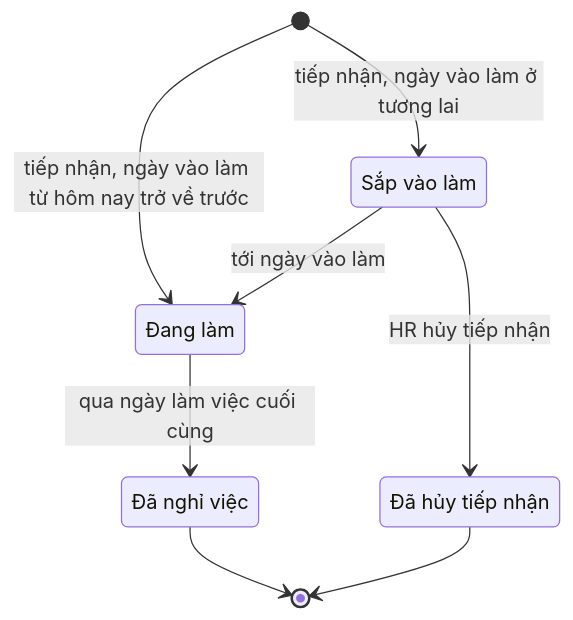
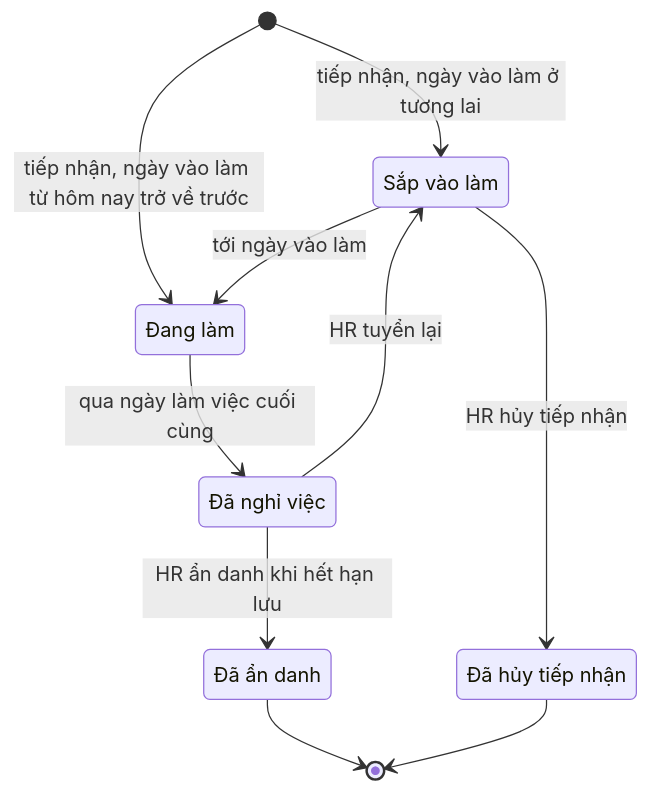
The fifth of 12 diagrams in docs/domain.md (pbaodev/hr-manager), drawn with Mermaid before and after one commit. The commit also changed other lines of this file and 4 other files, not shown here.

````diff
--- a/docs/domain.md
+++ b/docs/domain.md
@@ -223,14 +226,17 @@
 ```mermaid
 stateDiagram-v2
   state "Sắp vào làm" as upcoming
   state "Đang làm" as active
   state "Đã nghỉ việc" as terminated
   state "Đã hủy tiếp nhận" as cancelled
   [*] --> upcoming: tiếp nhận, ngày vào làm ở tương lai
   [*] --> active: tiếp nhận, ngày vào làm từ hôm nay trở về trước
   upcoming --> active: tới ngày vào làm
   upcoming --> cancelled: HR hủy tiếp nhận
   active --> terminated: qua ngày làm việc cuối cùng
-  terminated --> [*]
+  terminated --> upcoming: HR tuyển lại
+  terminated --> anonymized: HR ẩn danh khi hết hạn lưu
+  state "Đã ẩn danh" as anonymized
+  anonymized --> [*]
   cancelled --> [*]
 ```
````
